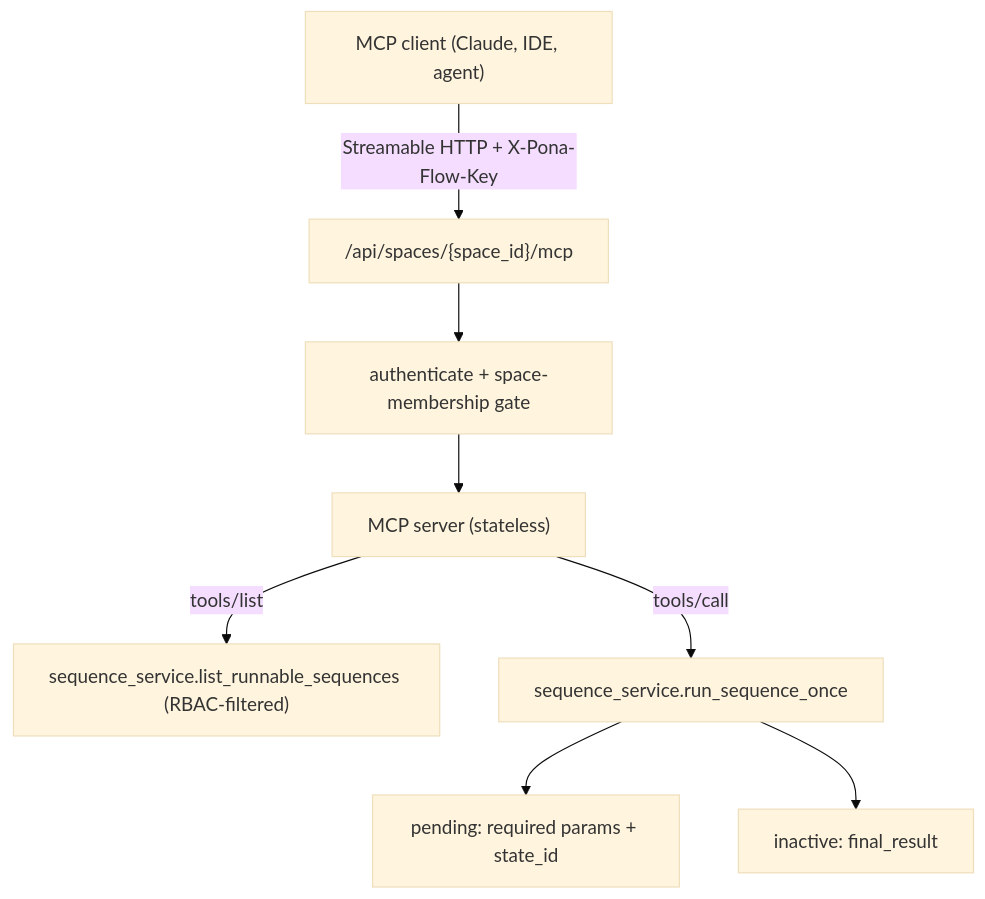
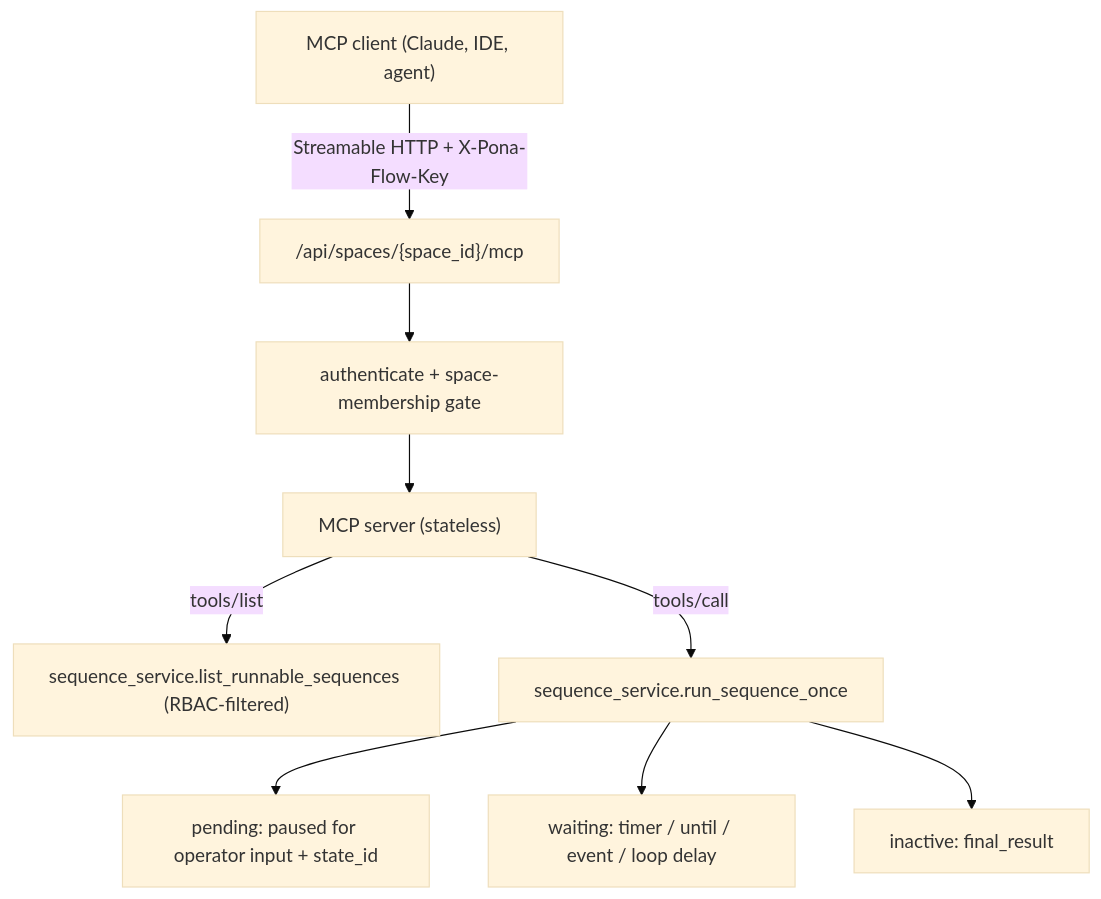
The first of 2 diagrams in Docs/MCP-GATEWAY.md (MitchMcQuinn/pona-flow), drawn with Mermaid (base theme) before and after one commit. The commit also changed other lines of this file and 56 other files, not shown here.

````diff
--- a/Docs/MCP-GATEWAY.md
+++ b/Docs/MCP-GATEWAY.md
@@ -22,10 +23,11 @@
 ```mermaid
 flowchart TB
   client["MCP client (Claude, IDE, agent)"] -->|"Streamable HTTP + X-Pona-Flow-Key"| mount["/api/spaces/{space_id}/mcp"]
   mount --> authz["authenticate + space-membership gate"]
   authz --> server["MCP server (stateless)"]
   server -->|"tools/list"| list["sequence_service.list_runnable_sequences (RBAC-filtered)"]
   server -->|"tools/call"| run["sequence_service.run_sequence_once"]
-  run --> pending["pending: required params + state_id"]
+  run --> pending["pending: paused for operator input + state_id"]
+  run --> waiting["waiting: timer / until / event / loop delay"]
   run --> done["inactive: final_result"]
 ```
````
